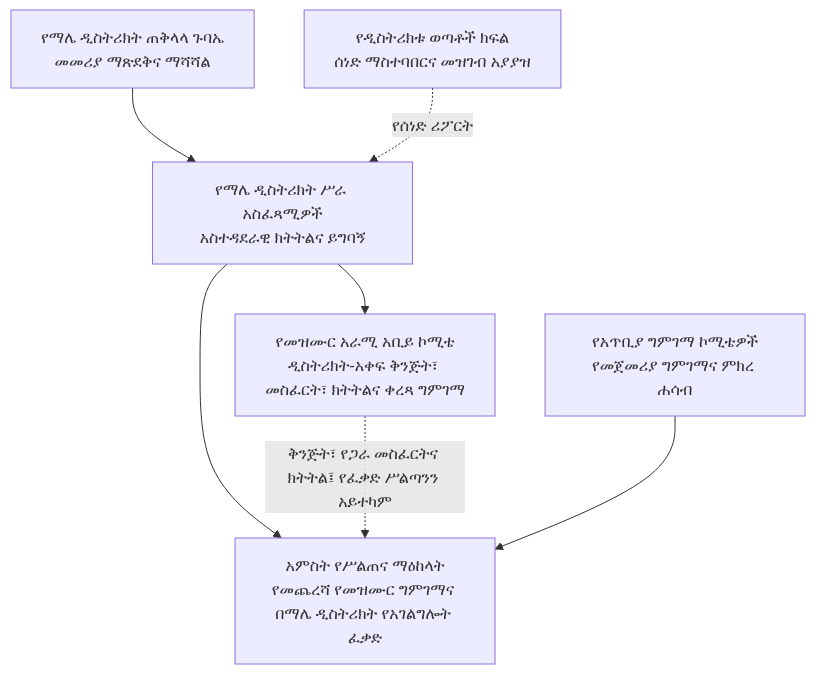
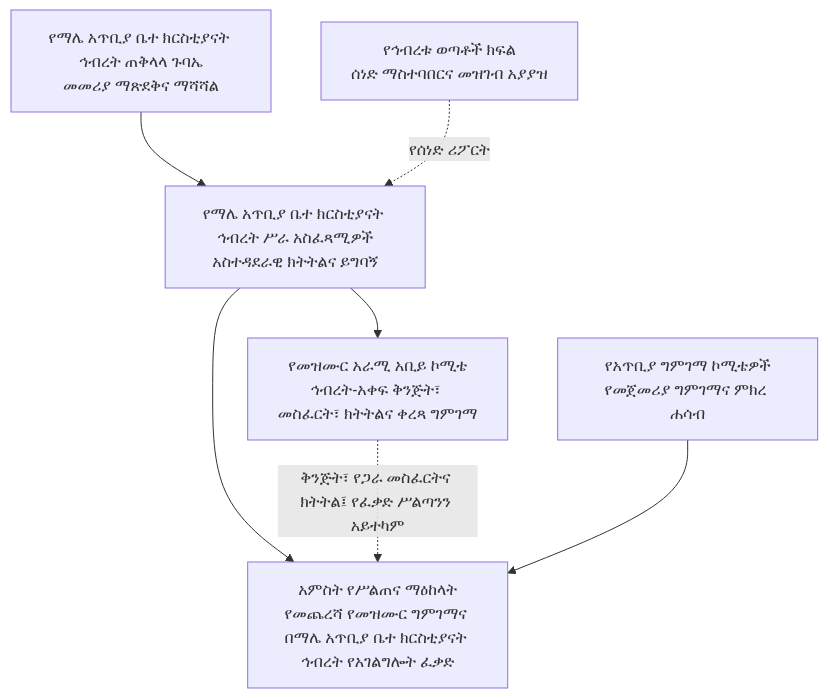
Before and after one commit to akefadaka-git/ekhc-digital-platform: the second of 3 diagrams in docs/governance/maale-song-review-directive-am.md, drawn with Mermaid. The commit also changed other lines of this file, not shown here.

````diff
--- a/docs/governance/maale-song-review-directive-am.md
+++ b/docs/governance/maale-song-review-directive-am.md
@@ -116,9 +116,9 @@
 ```mermaid
 flowchart TD
- A[የማሌ ዲስትሪክት ጠቅላላ ጉባኤ<br/>መመሪያ ማጽደቅና ማሻሻል] --> B[የማሌ ዲስትሪክት ሥራ አስፈጻሚዎች<br/>አስተዳደራዊ ክትትልና ይግባኝ]
- B --> C[የመዝሙር አራሚ አቢይ ኮሚቴ<br/>ዲስትሪክት-አቀፍ ቅንጅት፣ መስፈርት፣ ክትትልና ቀረጻ ግምገማ]
- B --> D[አምስት የሥልጠና ማዕከላት<br/>የመጨረሻ የመዝሙር ግምገማና በማሌ ዲስትሪክት የአገልግሎት ፈቃድ]
+ A[የማሌ አጥቢያ ቤተ ክርስቲያናት ኅብረት ጠቅላላ ጉባኤ<br/>መመሪያ ማጽደቅና ማሻሻል] --> B[የማሌ አጥቢያ ቤተ ክርስቲያናት ኅብረት ሥራ አስፈጻሚዎች<br/>አስተዳደራዊ ክትትልና ይግባኝ]
+ B --> C[የመዝሙር አራሚ አቢይ ኮሚቴ<br/>ኅብረት-አቀፍ ቅንጅት፣ መስፈርት፣ ክትትልና ቀረጻ ግምገማ]
+ B --> D[አምስት የሥልጠና ማዕከላት<br/>የመጨረሻ የመዝሙር ግምገማና በማሌ አጥቢያ ቤተ ክርስቲያናት ኅብረት የአገልግሎት ፈቃድ]
  C -. ቅንጅት፣ የጋራ መስፈርትና ክትትል፤ የፈቃድ ሥልጣንን አይተካም .-> D
  E[የአጥቢያ ግምገማ ኮሚቴዎች<br/>የመጀመሪያ ግምገማና ምክረ ሐሳብ] --> D
- F[የዲስትሪክቱ ወጣቶች ክፍል<br/>ሰነድ ማስተባበርና መዝገብ አያያዝ] -. የሰነድ ሪፖርት .-> B
+ F[የኅብረቱ ወጣቶች ክፍል<br/>ሰነድ ማስተባበርና መዝገብ አያያዝ] -. የሰነድ ሪፖርት .-> B
 ```
````
